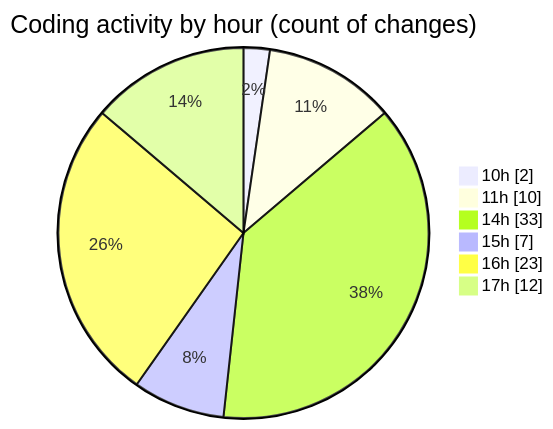
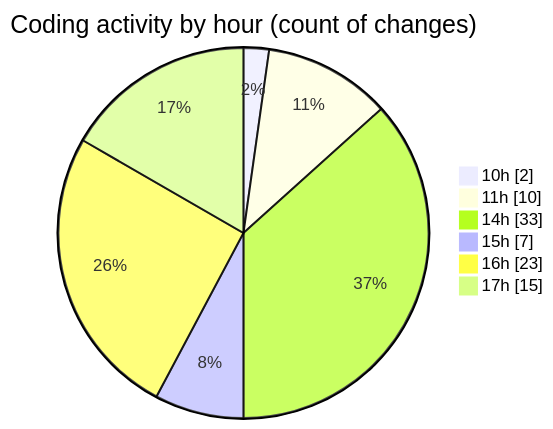
One commit to idhammustaqopulfikri/code-tracking changed the second of 2 diagrams in 2025-06-02/studio-backend/README.md. Above: the diagram before and after it, drawn with Mermaid. The commit also changed other lines of this file and 1 other file, not shown here.

````diff
--- a/2025-06-02/studio-backend/README.md
+++ b/2025-06-02/studio-backend/README.md
@@ -47,10 +47,10 @@
 ```mermaid
 pie showData
 title Coding activity by hour (count of changes)
 "10h" : 2
 "11h" : 10
 "14h" : 33
 "15h" : 7
 "16h" : 23
-"17h" : 12
+"17h" : 15
 ```
````
